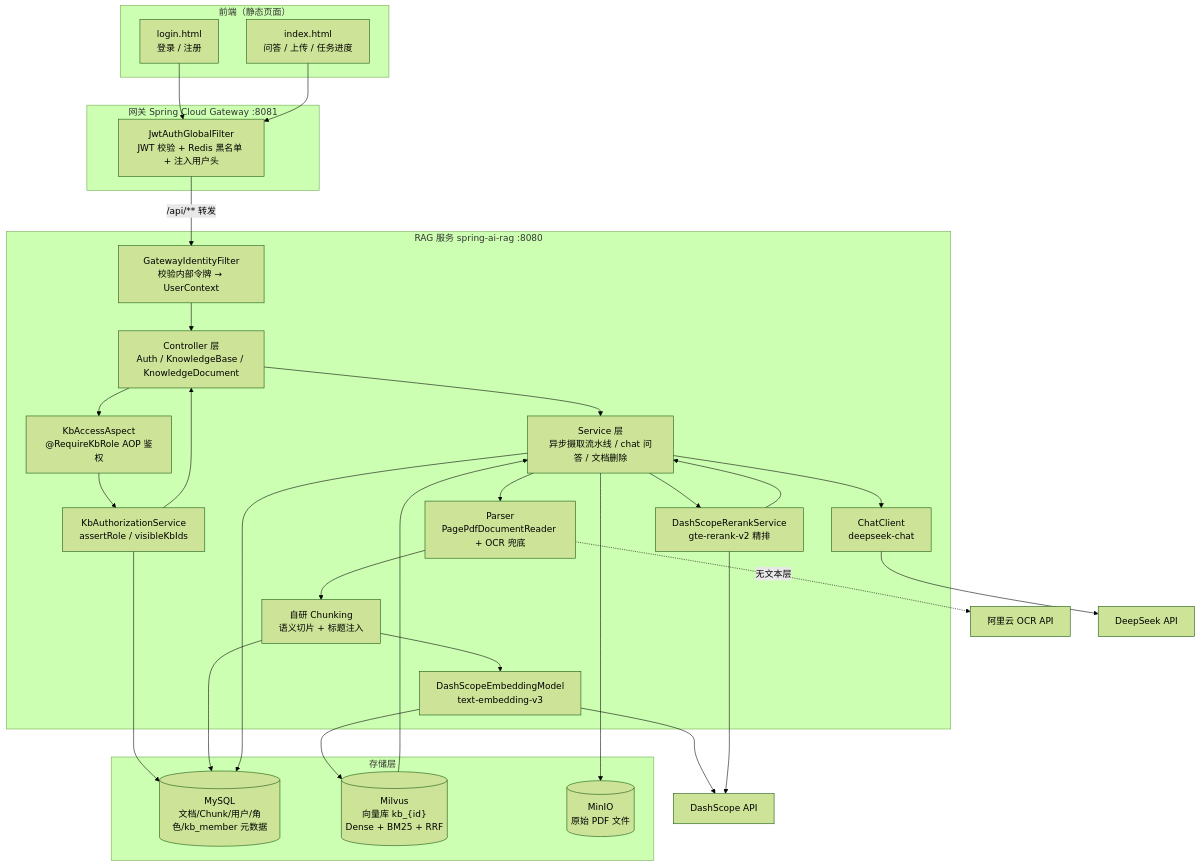
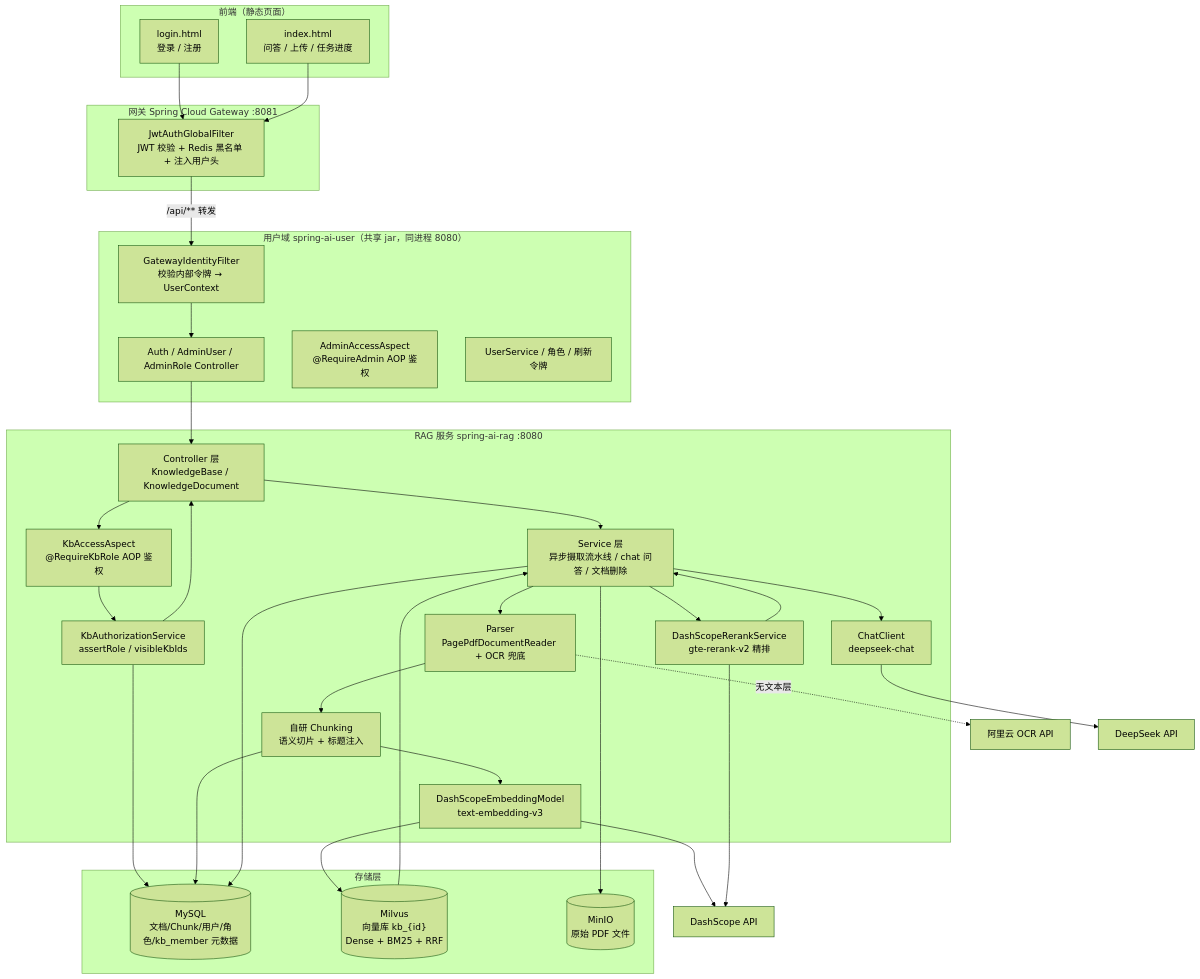
The diagram in README.md (wjklovemmy/spring-ai-rag-demo), drawn with Mermaid (forest theme) before and after one commit. The commit also changed other lines of this file and 37 other files, not shown here.

````diff
--- a/README.md
+++ b/README.md
@@ -49,53 +49,60 @@
 ```mermaid
 graph TB
     subgraph Frontend["前端（静态页面）"]
         LOGIN["login.html<br/>登录 / 注册"]
         INDEX["index.html<br/>问答 / 上传 / 任务进度"]
     end
 
     subgraph Gateway["网关 Spring Cloud Gateway :8081"]
         GWAUTH["JwtAuthGlobalFilter<br/>JWT 校验 + Redis 黑名单 + 注入用户头"]
     end
 
+    subgraph User["用户域 spring-ai-user（共享 jar，同进程 8080）"]
+        GATE_ID["GatewayIdentityFilter<br/>校验内部令牌 → UserContext"]
+        USERCTRL["Auth / AdminUser / AdminRole Controller"]
+        ADMINASPECT["AdminAccessAspect<br/>@RequireAdmin AOP 鉴权"]
+        USERSVC["UserService / 角色 / 刷新令牌"]
+    end
+
     subgraph Backend["RAG 服务 spring-ai-rag :8080"]
-        CTRL["Controller 层<br/>Auth / KnowledgeBase / KnowledgeDocument"]
-        GATE_ID["GatewayIdentityFilter<br/>校验内部令牌 → UserContext"]
+        CTRL["Controller 层<br/>KnowledgeBase / KnowledgeDocument"]
         ASPECT["KbAccessAspect<br/>@RequireKbRole AOP 鉴权"]
         AUTHZ["KbAuthorizationService<br/>assertRole / visibleKbIds"]
         SVC["Service 层<br/>异步摄取流水线 / chat 问答 / 文档删除"]
         PARSER["Parser<br/>PagePdfDocumentReader + OCR 兜底"]
         SPLIT["自研 Chunking<br/>语义切片 + 标题注入"]
         EMBED["DashScopeEmbeddingModel<br/>text-embedding-v3"]
         RERANK["DashScopeRerankService<br/>gte-rerank-v2 精排"]
         CHAT["ChatClient<br/>deepseek-chat"]
     end
 
     subgraph Storage["存储层"]
         MYSQL[("MySQL<br/>文档/Chunk/用户/角色/kb_member 元数据")]
         MILVUS[("Milvus<br/>向量库 kb_{id}<br/>Dense + BM25 + RRF")]
         MINIO[("MinIO<br/>原始 PDF 文件")]
     end
 
     OCRSVC["阿里云 OCR API"]
     AI["DeepSeek API"]
     DS["DashScope API"]
 
     LOGIN --> GWAUTH
     INDEX --> GWAUTH
     GWAUTH -->|/api/** 转发| GATE_ID
-    GATE_ID --> CTRL
+    GATE_ID --> USERCTRL
+    USERCTRL --> CTRL
     CTRL --> ASPECT --> AUTHZ --> MYSQL
     AUTHZ --> CTRL
     CTRL --> SVC
     SVC --> PARSER --> SPLIT
     PARSER -.无文本层.-> OCRSVC
     SPLIT --> MYSQL
     SPLIT --> EMBED --> DS
     EMBED --> MILVUS
     SVC --> CHAT --> AI
     MILVUS --> SVC
     SVC --> RERANK --> DS
     RERANK --> SVC
     SVC --> MINIO
     SVC --> MYSQL
 ```
````
